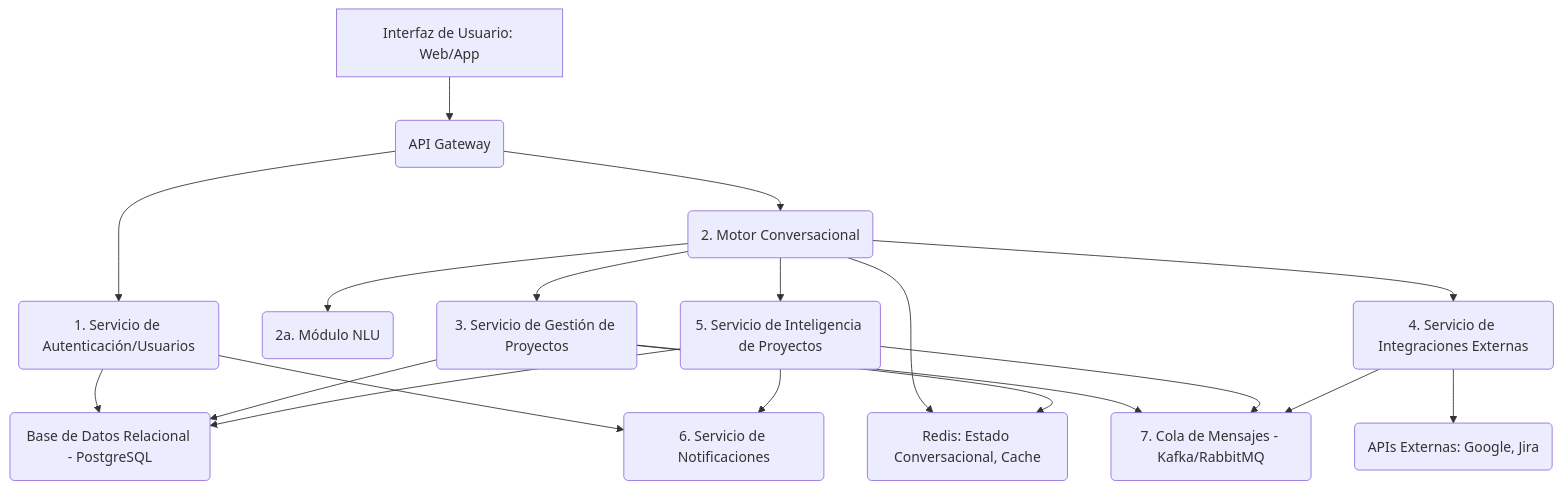
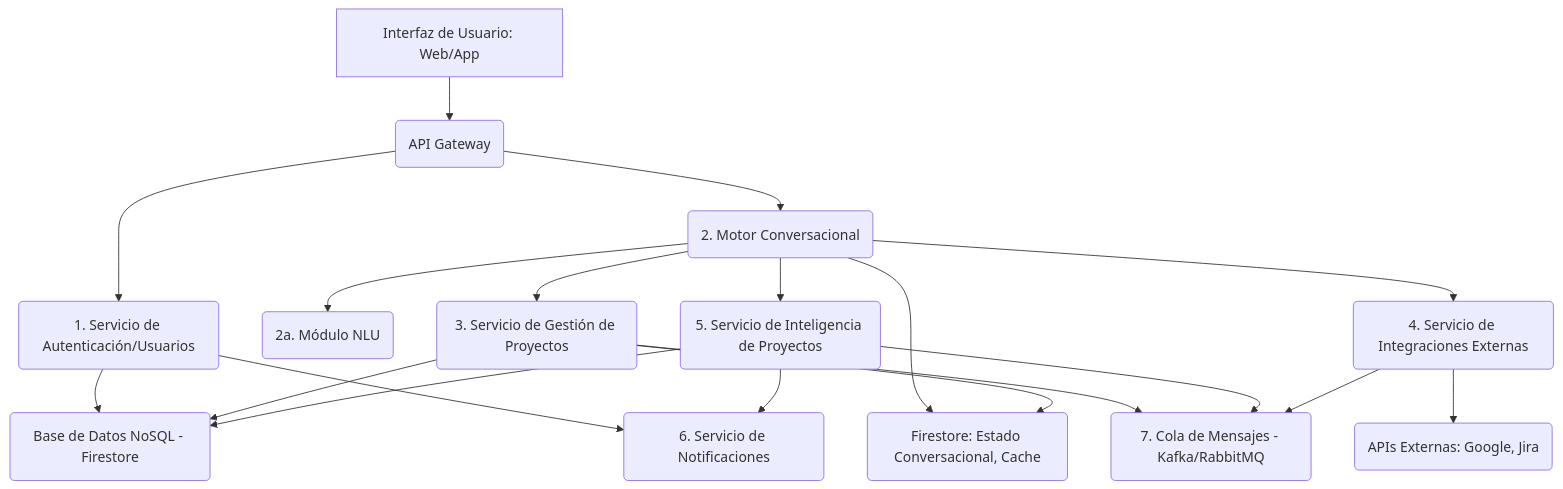
Before and after one commit to storo/PM-Bot: the first of 3 diagrams in docs/analisis/technical-architecture.md, drawn with Mermaid. The commit also changed other lines of this file and 63 other files, not shown here.

````diff
--- a/docs/analisis/technical-architecture.md
+++ b/docs/analisis/technical-architecture.md
@@ -20,28 +20,28 @@
 ```mermaid
 graph TD
     User_UI[Interfaz de Usuario: Web/App] --> API_GW(API Gateway)
 
     API_GW --> Auth_Service(1. Servicio de Autenticación/Usuarios)
     API_GW --> Conv_Engine(2. Motor Conversacional)
 
     Conv_Engine --> NLU_Module(2a. Módulo NLU)
     Conv_Engine --> Proj_Mgmt_Service(3. Servicio de Gestión de Proyectos)
     Conv_Engine --> Integr_Service(4. Servicio de Integraciones Externas)
     Conv_Engine --> Project_Intell_Service(5. Servicio de Inteligencia de Proyectos)
 
-    Auth_Service --> DB(Base de Datos Relacional - PostgreSQL)
+    Auth_Service --> DB(Base de Datos NoSQL - Firestore)
     Proj_Mgmt_Service --> DB
     Project_Intell_Service --> DB
 
     Integr_Service --> External_APIs(APIs Externas: Google, Jira)
 
     Auth_Service --> Notif_Service(6. Servicio de Notificaciones)
     Project_Intell_Service --> Notif_Service
 
-    Conv_Engine --> Redis(Redis: Estado Conversacional, Cache)
-    Proj_Mgmt_Service --> Redis
+    Conv_Engine --> Firestore_Cache(Firestore: Estado Conversacional, Cache)
+    Proj_Mgmt_Service --> Firestore_Cache
 
     Proj_Mgmt_Service --> Message_Queue(7. Cola de Mensajes - Kafka/RabbitMQ)
     Project_Intell_Service --> Message_Queue
     Integr_Service --> Message_Queue
 ```
````
